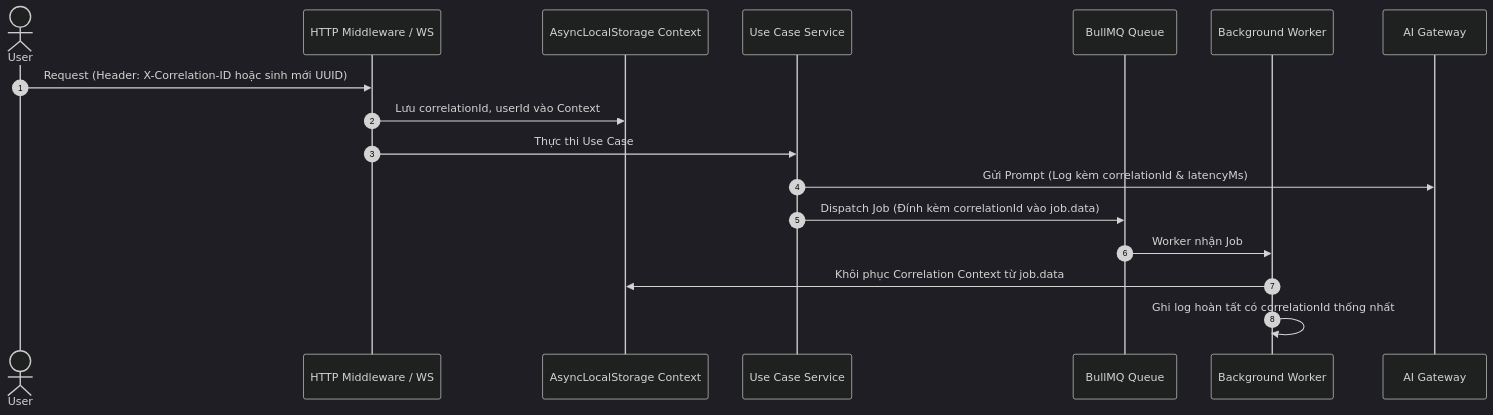
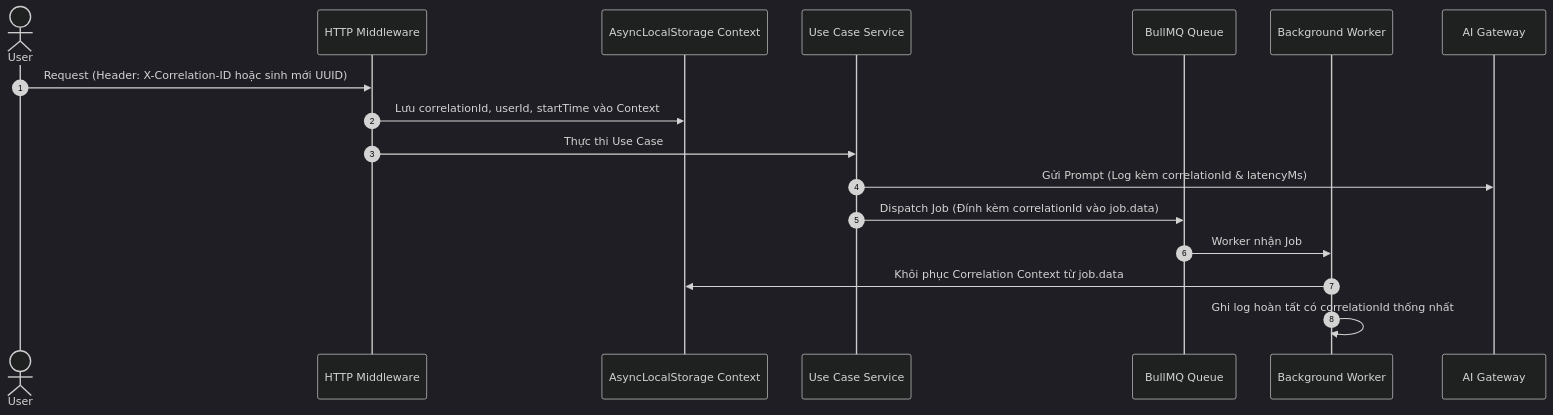
One commit to lethanhan01/interview-coach changed the second of 3 diagrams in server/CONVENTIONS.md. Above: the diagram before and after it, drawn with Mermaid (dark theme). The commit also changed other lines of this file and 6 other files, not shown here.

````diff
--- a/server/CONVENTIONS.md
+++ b/server/CONVENTIONS.md
@@ -638,20 +650,20 @@
 ```mermaid
 sequenceDiagram
     autonumber
     actor User
-    participant Gateway as HTTP Middleware / WS
+    participant Gateway as HTTP Middleware
     participant ALS as AsyncLocalStorage Context
     participant Service as Use Case Service
     participant Queue as BullMQ Queue
     participant Worker as Background Worker
     participant AI as AI Gateway
     
     User->>Gateway: Request (Header: X-Correlation-ID hoặc sinh mới UUID)
-    Gateway->>ALS: Lưu correlationId, userId vào Context
+    Gateway->>ALS: Lưu correlationId, userId, startTime vào Context
     Gateway->>Service: Thực thi Use Case
     Service->>AI: Gửi Prompt (Log kèm correlationId & latencyMs)
     Service->>Queue: Dispatch Job (Đính kèm correlationId vào job.data)
     Queue->>Worker: Worker nhận Job
     Worker->>ALS: Khôi phục Correlation Context từ job.data
     Worker->>Worker: Ghi log hoàn tất có correlationId thống nhất
 ```
````
